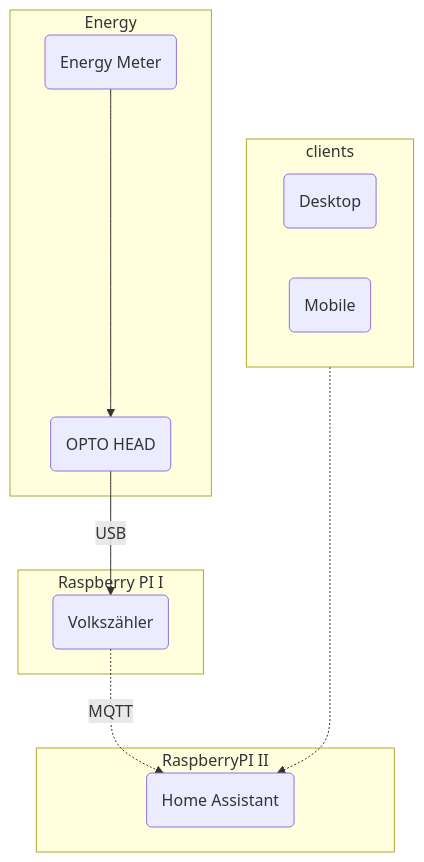
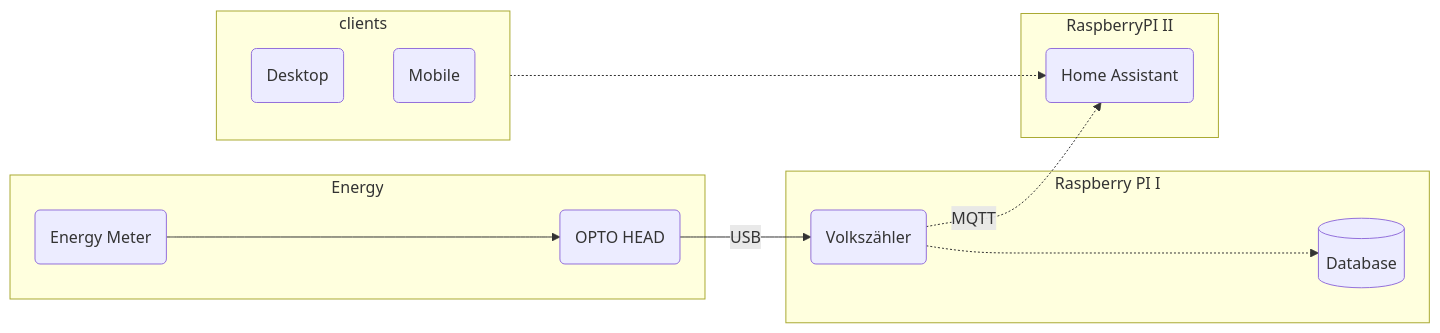
The diagram in README.md (rangulvers/smart_meter_setup), drawn with Mermaid before and after one commit.

````diff
--- a/README.md
+++ b/README.md
@@ -10,19 +10,20 @@
 ```mermaid
 
-flowchart TB
+flowchart LR
         subgraph Energy
         A(Energy Meter) ---> B(OPTO HEAD)        
         end
         subgraph sub1 [Raspberry PI I]
         B --USB--> C(Volkszähler)
+        C(Volkszähler) -...-> db1[(Database)]
         end
         subgraph sub2 [RaspberryPI II]
         C -.MQTT.-> D(Home Assistant)
         end
         subgraph clients
         E(Desktop)
         F(Mobile)
         end
         clients -...-> D(Home Assistant)
         
 ```
````
